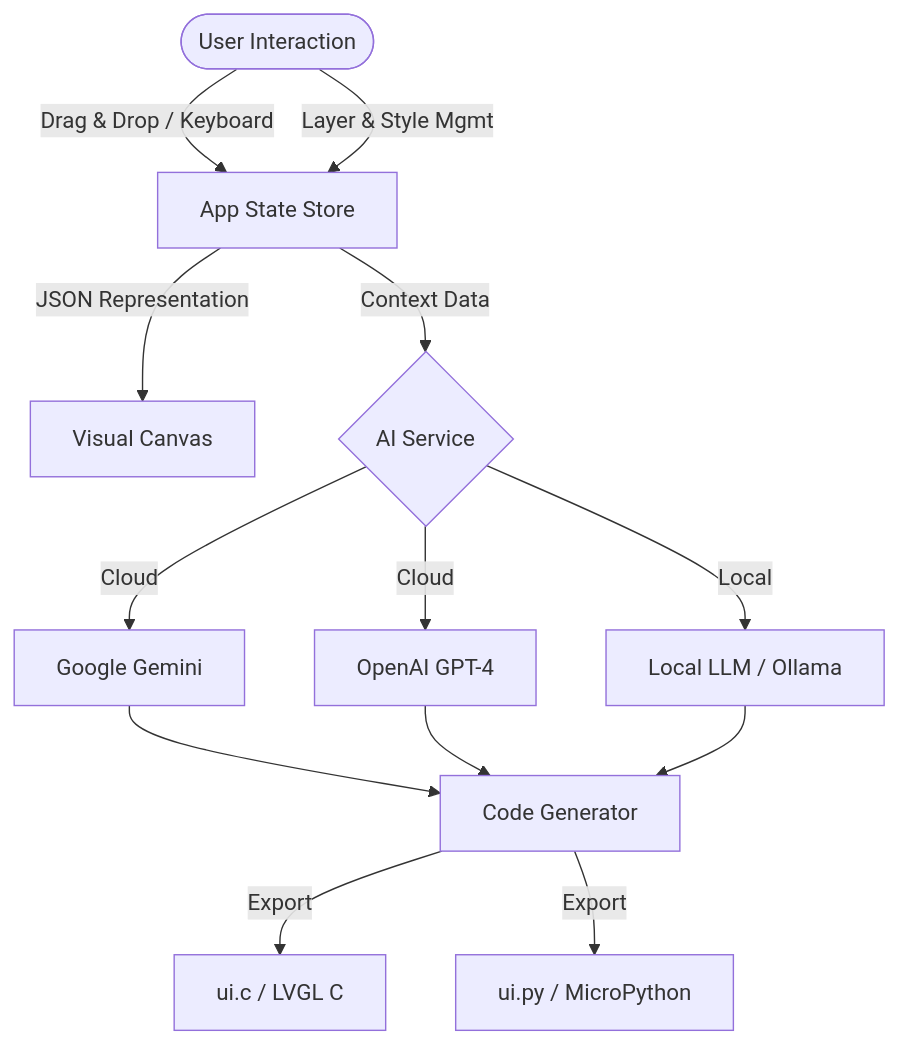
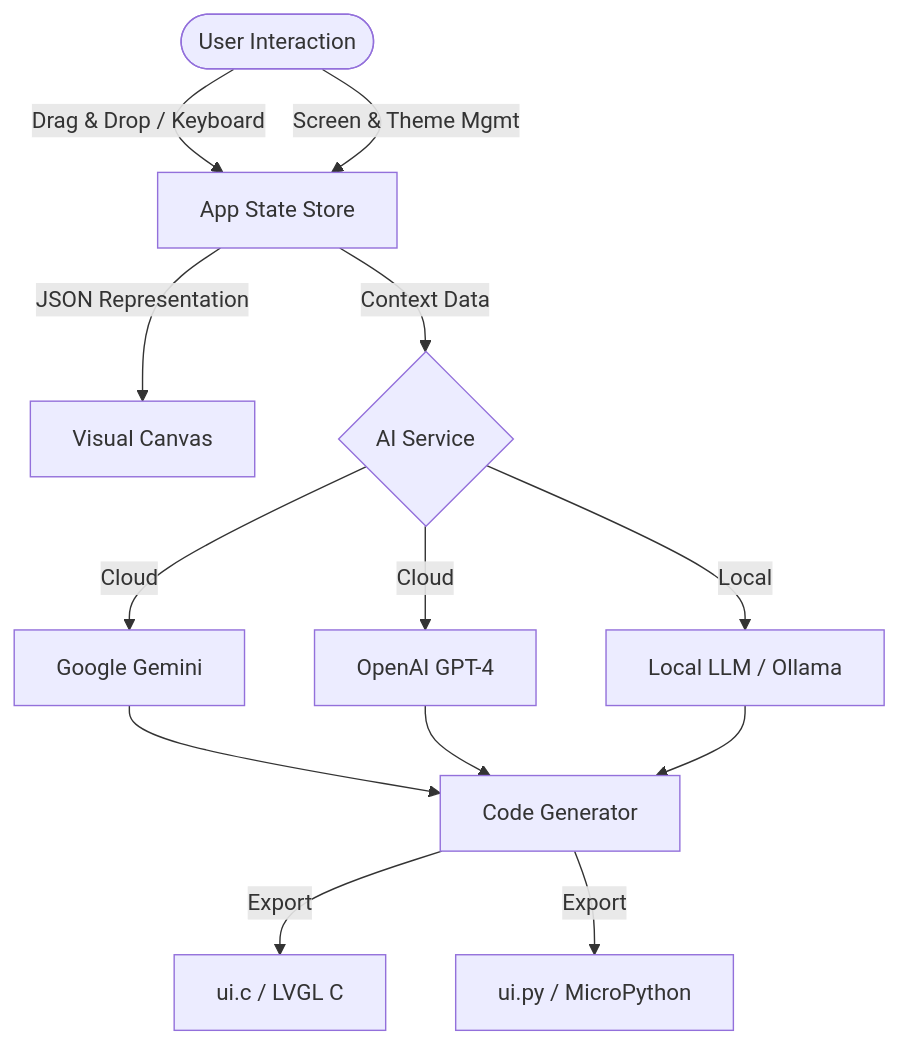
Before and after one commit to dazeb/LVGL-AI-Studio: the diagram in README.md, drawn with Mermaid. The commit also changed other lines of this file and 12 other files, not shown here.

````diff
--- a/README.md
+++ b/README.md
@@ -22,15 +23,15 @@
 ```mermaid
 graph TD
     User([User Interaction]) -->|Drag & Drop / Keyboard| State[App State Store]
-    User -->|Layer & Style Mgmt| State
+    User -->|Screen & Theme Mgmt| State
     State -->|JSON Representation| Canvas[Visual Canvas]
     State -->|Context Data| AIService{AI Service}
     AIService -->|Cloud| Gemini[Google Gemini]
     AIService -->|Cloud| OpenAI[OpenAI GPT-4]
     AIService -->|Local| Ollama[Local LLM / Ollama]
     Gemini --> Generator[Code Generator]
     OpenAI --> Generator
     Ollama --> Generator
     Generator -->|Export| CFile[ui.c / LVGL C]
     Generator -->|Export| PyFile[ui.py / MicroPython]
 ```
````
